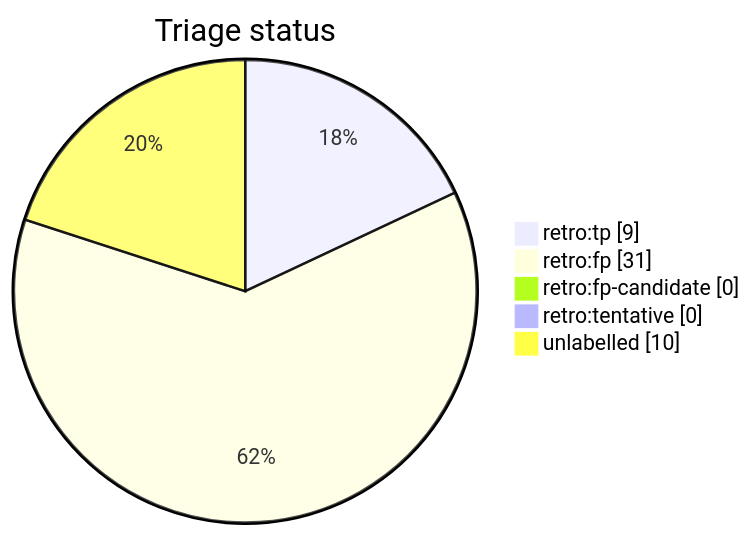
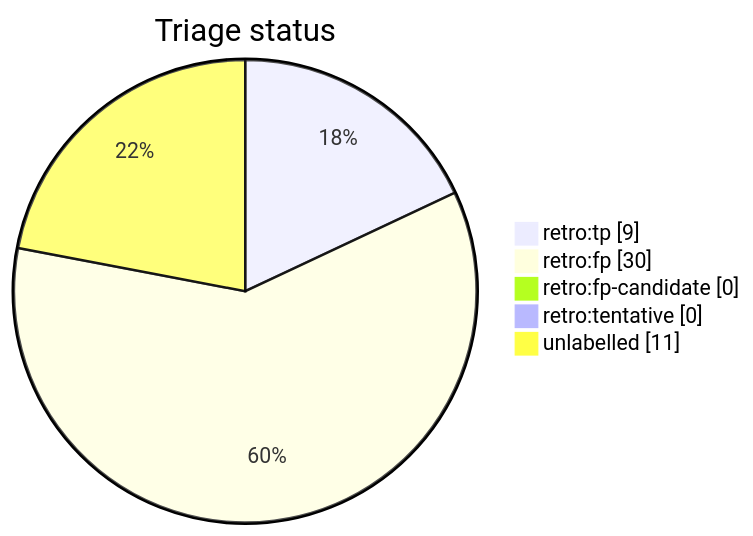
One commit to tvna/claude-md changed the diagram in docs/generated/scripts/auto-retro-triage-report.md. Above: the diagram before and after it, drawn with Mermaid. The commit also changed other lines of this file, not shown here.

First line of the commit message:
chore(auto-retro): refresh triage report

````diff
--- a/docs/generated/scripts/auto-retro-triage-report.md
+++ b/docs/generated/scripts/auto-retro-triage-report.md
@@ -15,9 +15,9 @@
 ```mermaid
 pie showData
     title Triage status
     "retro:tp" : 9
-    "retro:fp" : 31
+    "retro:fp" : 30
     "retro:fp-candidate" : 0
     "retro:tentative" : 0
-    "unlabelled" : 10
+    "unlabelled" : 11
 ```
````
